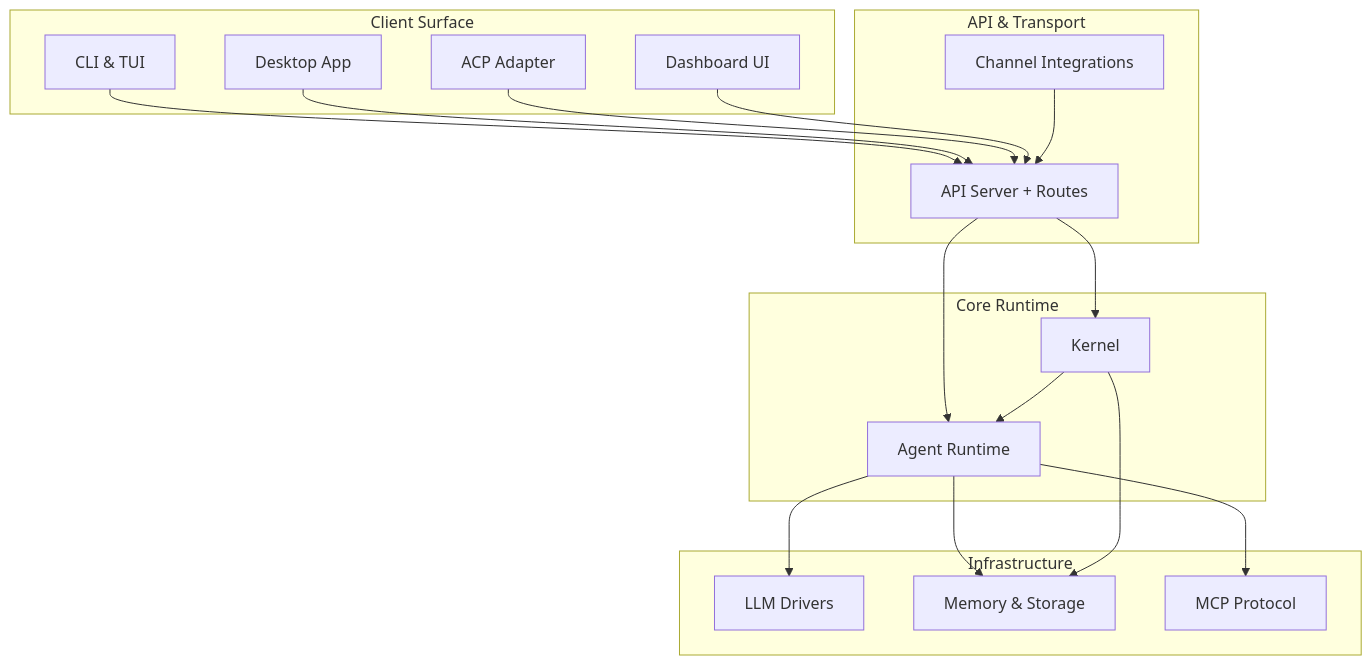
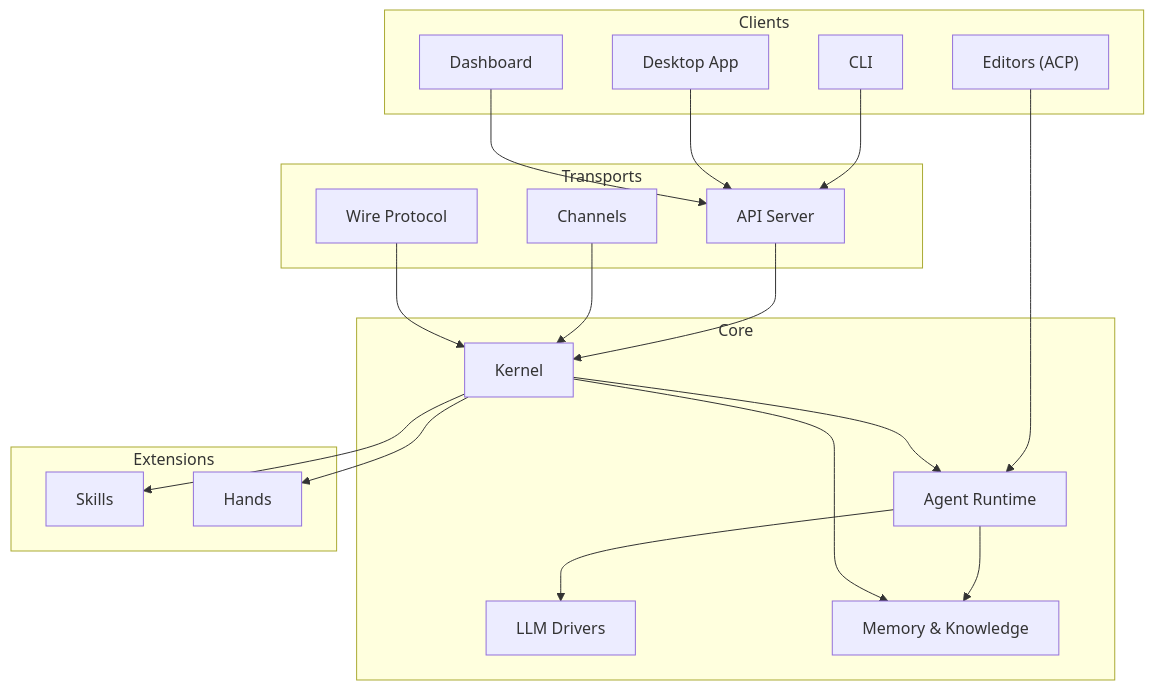
Before and after one commit to leszek3737/librefang-WIki: the diagram in overview.md, drawn with Mermaid. The commit also changed other lines of this file and 128 other files, not shown here.

````diff
--- a/overview.md
+++ b/overview.md
@@ -9,38 +17,43 @@
 ```mermaid
-graph TD
-    subgraph "Client Surface"
-        CLI["CLI & TUI"]
+graph TB
+    subgraph Clients
+        CLI["CLI"]
         DESK["Desktop App"]
-        ACP["ACP Adapter"]
-        DASH["Dashboard UI"]
+        DASH["Dashboard"]
+        EDITORS["Editors (ACP)"]
     end
 
-    subgraph "API & Transport"
-        API["API Server + Routes"]
-        CHAN["Channel Integrations"]
+    subgraph Transports
+        API["API Server"]
+        CH["Channels"]
+        WIRE["Wire Protocol"]
     end
 
-    subgraph "Core Runtime"
-        RT["Agent Runtime"]
-        KERN["Kernel"]
+    subgraph Core
+        KERNEL["Kernel"]
+        RUNTIME["Agent Runtime"]
+        LLM["LLM Drivers"]
+        MEM["Memory &amp; Knowledge"]
     end
 
-    subgraph "Infrastructure"
-        LLM["LLM Drivers"]
-        MEM["Memory & Storage"]
-        MCP["MCP Protocol"]
+    subgraph Extensions
+        SKILLS["Skills"]
+        HANDS["Hands"]
     end
 
     CLI --> API
     DESK --> API
-    ACP --> API
     DASH --> API
-    CHAN --> API
-    API --> RT
-    API --> KERN
-    RT --> LLM
-    RT --> MEM
-    RT --> MCP
-    KERN --> MEM
-    KERN --> RT
+    EDITORS --> RUNTIME
+
+    API --> KERNEL
+    CH --> KERNEL
+    WIRE --> KERNEL
+
+    KERNEL --> RUNTIME
+    RUNTIME --> LLM
+    RUNTIME --> MEM
+    KERNEL --> SKILLS
+    KERNEL --> HANDS
+    KERNEL --> MEM
 ```
````
